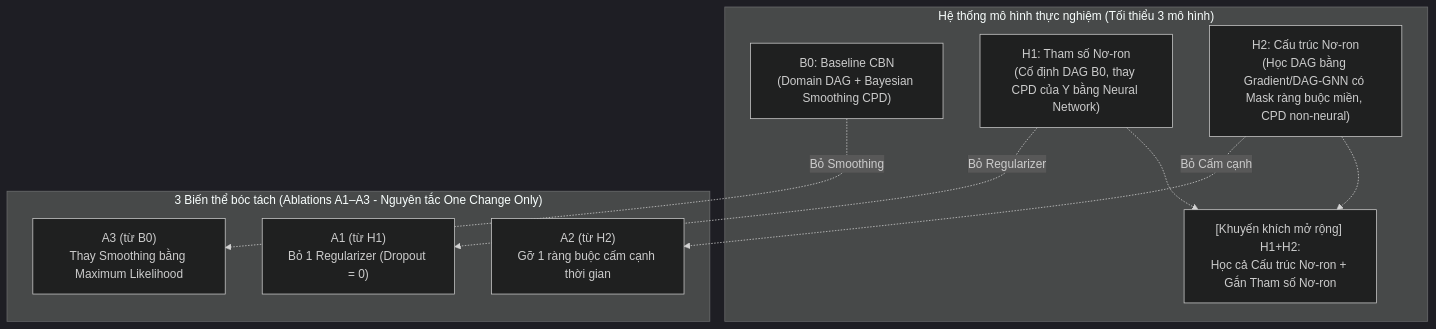
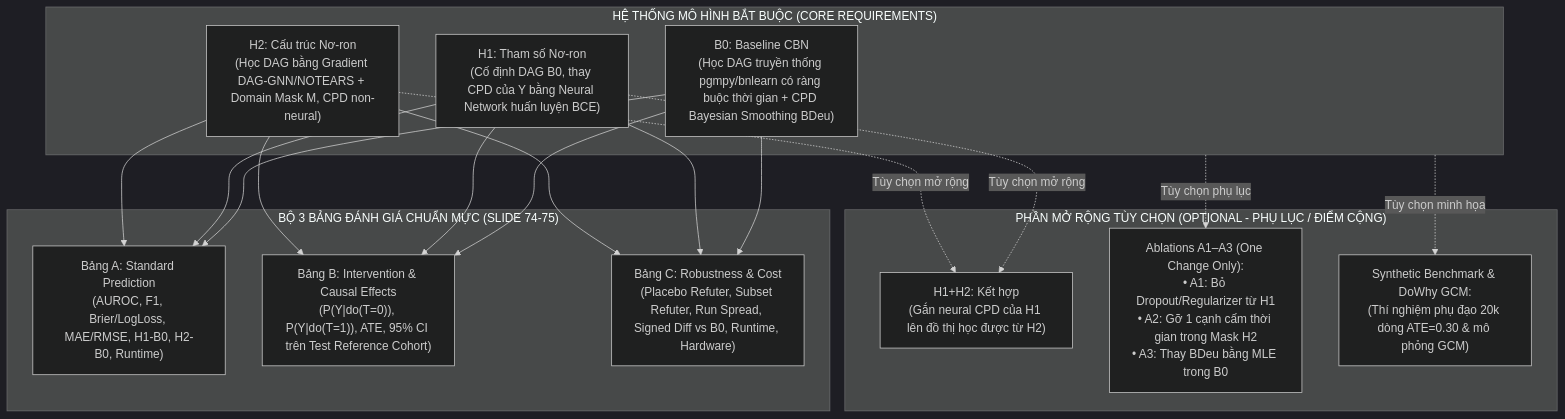
The diagram in docs/requirements/README.md (HoangVuSnape/04_Probabilistic_GrModel), drawn with Mermaid (dark theme) before and after one commit. The commit also changed other lines of this file and 86 other files, not shown here.

````diff
--- a/docs/requirements/README.md
+++ b/docs/requirements/README.md
@@ -52,21 +65,35 @@
 ```mermaid
 graph TD
-    subgraph Core_Architecture ["Hệ thống mô hình thực nghiệm (Tối thiểu 3 mô hình)"]
-        B0["B0: Baseline CBN<br/>(Domain DAG + Bayesian Smoothing CPD)"]
-        H1["H1: Tham số Nơ-ron<br/>(Cố định DAG B0, thay CPD của Y bằng Neural Network)"]
-        H2["H2: Cấu trúc Nơ-ron<br/>(Học DAG bằng Gradient/DAG-GNN có Mask ràng buộc miền, CPD non-neural)"]
-        H1_H2["[Khuyến khích mở rộng] H1+H2:<br/>Học cả Cấu trúc Nơ-ron + Gắn Tham số Nơ-ron"]
+    subgraph Core_Requirements ["HỆ THỐNG MÔ HÌNH BẮT BUỘC (CORE REQUIREMENTS)"]
+        B0["B0: Baseline CBN<br/>(Học DAG truyền thống pgmpy/bnlearn có ràng buộc thời gian + CPD Bayesian Smoothing BDeu)"]
+        H1["H1: Tham số Nơ-ron<br/>(Cố định DAG B0, thay CPD của Y bằng Neural Network huấn luyện BCE)"]
+        H2["H2: Cấu trúc Nơ-ron<br/>(Học DAG bằng Gradient DAG-GNN/NOTEARS + Domain Mask M, CPD non-neural)"]
     end
 
-    subgraph Controlled_Ablations ["3 Biến thể bóc tách (Ablations A1–A3 - Nguyên tắc One Change Only)"]
-        A1["A1 (từ H1)<br/>Bỏ 1 Regularizer (Dropout = 0)"]
-        A2["A2 (từ H2)<br/>Gỡ 1 ràng buộc cấm cạnh thời gian"]
-        A3["A3 (từ B0)<br/>Thay Smoothing bằng Maximum Likelihood"]
+    subgraph Core_Evaluation ["BỘ 3 BẢNG ĐÁNH GIÁ CHUẨN MỰC (SLIDE 74-75)"]
+        TabA["Bảng A: Standard Prediction<br/>(AUROC, F1, Brier/LogLoss, MAE/RMSE, H1-B0, H2-B0, Runtime)"]
+        TabB["Bảng B: Intervention & Causal Effects<br/>(P(Y|do(T=0)), P(Y|do(T=1)), ATE, 95% CI trên Test Reference Cohort)"]
+        TabC["Bảng C: Robustness & Cost<br/>(Placebo Refuter, Subset Refuter, Run Spread, Signed Diff vs B0, Runtime, Hardware)"]
     end
 
-    H1 -.->|Bỏ Regularizer| A1
-    H2 -.->|Bỏ Cấm cạnh| A2
-    B0 -.->|Bỏ Smoothing| A3
-    H2 -.-> H1_H2
-    H1 -.-> H1_H2
+    subgraph Optional_Extensions ["PHẦN MỞ RỘNG TÙY CHỌN (OPTIONAL - PHỤ LỤC / ĐIỂM CỘNG)"]
+        H1_H2["H1+H2: Kết hợp<br/>(Gắn neural CPD của H1 lên đồ thị học được từ H2)"]
+        Ablations["Ablations A1–A3 (One Change Only):<br/>• A1: Bỏ Dropout/Regularizer từ H1<br/>• A2: Gỡ 1 cạnh cấm thời gian trong Mask H2<br/>• A3: Thay BDeu bằng MLE trong B0"]
+        Synthetic["Synthetic Benchmark & DoWhy GCM:<br/>(Thí nghiệm phụ đạo 20k dòng ATE=0.30 & mô phỏng GCM)"]
+    end
+
+    B0 --> TabA
+    H1 --> TabA
+    H2 --> TabA
+    B0 --> TabB
+    H1 --> TabB
+    H2 --> TabB
+    B0 --> TabC
+    H1 --> TabC
+    H2 --> TabC
+
+    H1 -.->|Tùy chọn mở rộng| H1_H2
+    H2 -.->|Tùy chọn mở rộng| H1_H2
+    Core_Requirements -.->|Tùy chọn phụ lục| Ablations
+    Core_Requirements -.->|Tùy chọn minh họa| Synthetic
 ```
````
